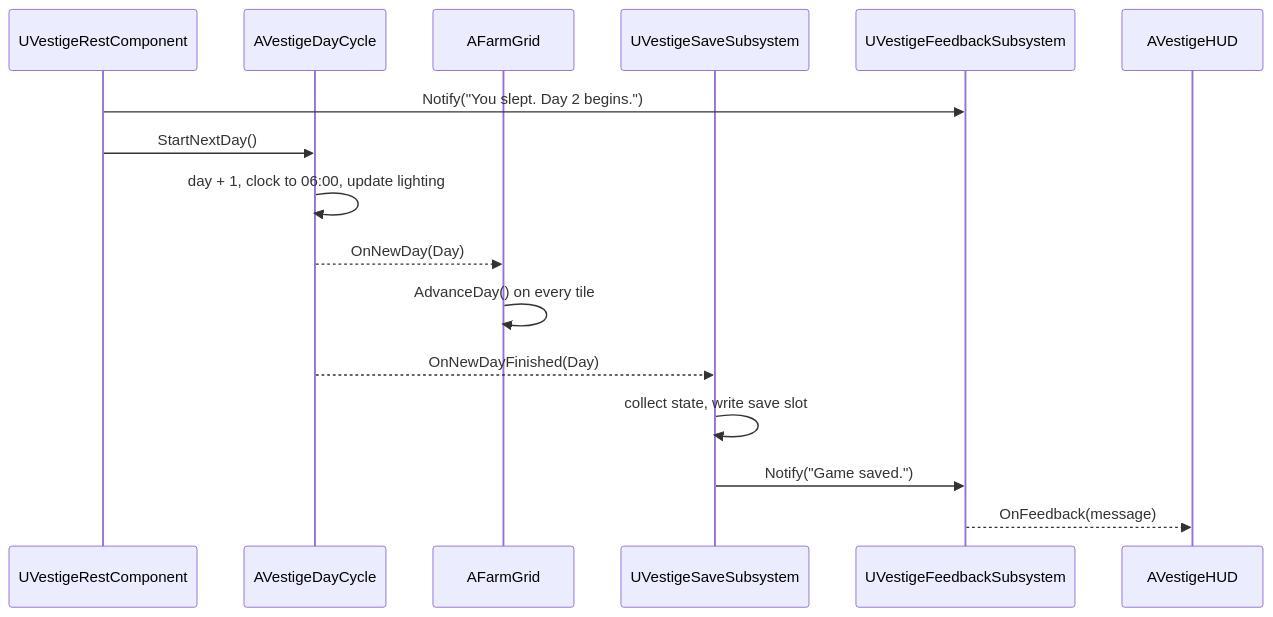
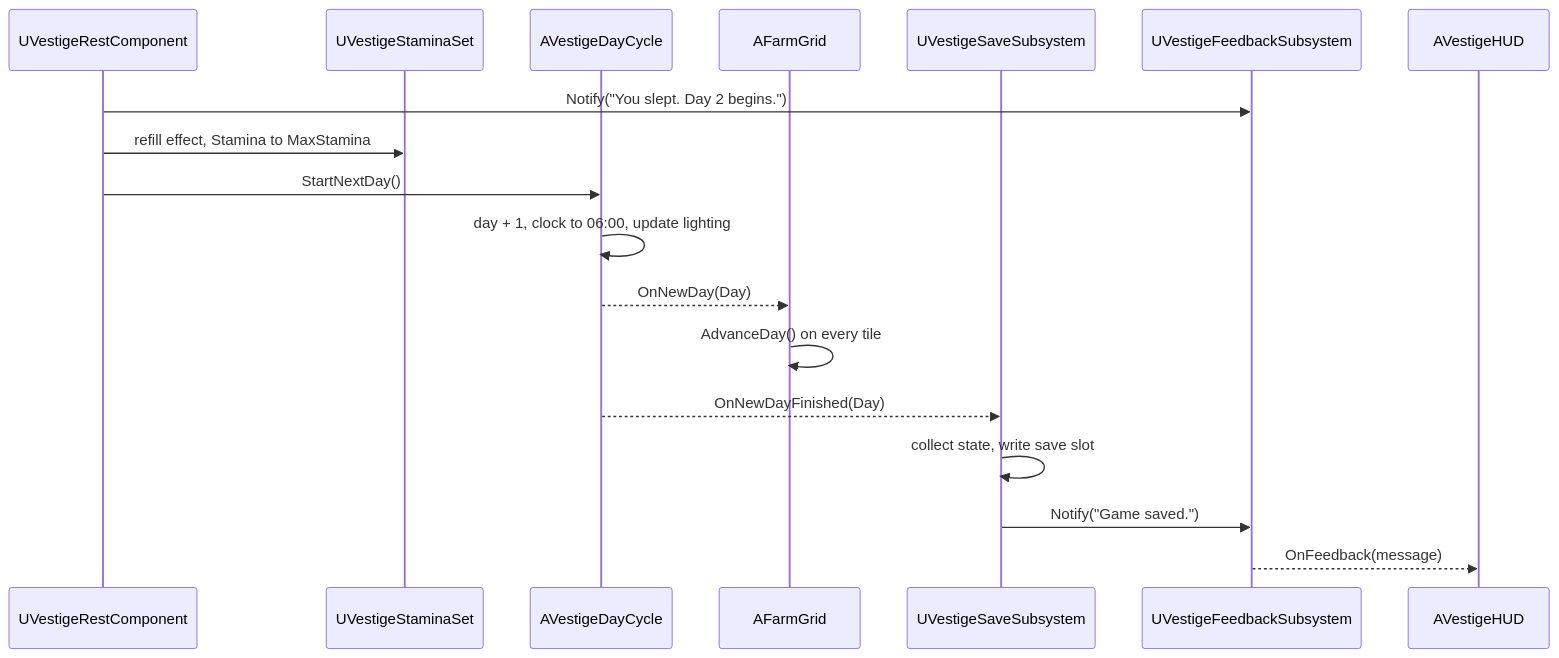
Before and after one commit to DunderGG/ProjectVestige: the second of 2 diagrams in Docs/Architecture.md, drawn with Mermaid. The commit also changed other lines of this file and 48 other files, not shown here.

````diff
--- a/Docs/Architecture.md
+++ b/Docs/Architecture.md
@@ -421,18 +436,20 @@
 ```mermaid
 sequenceDiagram
     participant Rest as UVestigeRestComponent
+    participant Stamina as UVestigeStaminaSet
     participant DayCycle as AVestigeDayCycle
     participant Grid as AFarmGrid
     participant Save as UVestigeSaveSubsystem
     participant Feedback as UVestigeFeedbackSubsystem
     participant HUD as AVestigeHUD
     Rest->>Feedback: Notify("You slept. Day 2 begins.")
+    Rest->>Stamina: refill effect, Stamina to MaxStamina
     Rest->>DayCycle: StartNextDay()
     DayCycle->>DayCycle: day + 1, clock to 06:00, update lighting
     DayCycle-->>Grid: OnNewDay(Day)
     Grid->>Grid: AdvanceDay() on every tile
     DayCycle-->>Save: OnNewDayFinished(Day)
     Save->>Save: collect state, write save slot
     Save->>Feedback: Notify("Game saved.")
     Feedback-->>HUD: OnFeedback(message)
 ```
````
